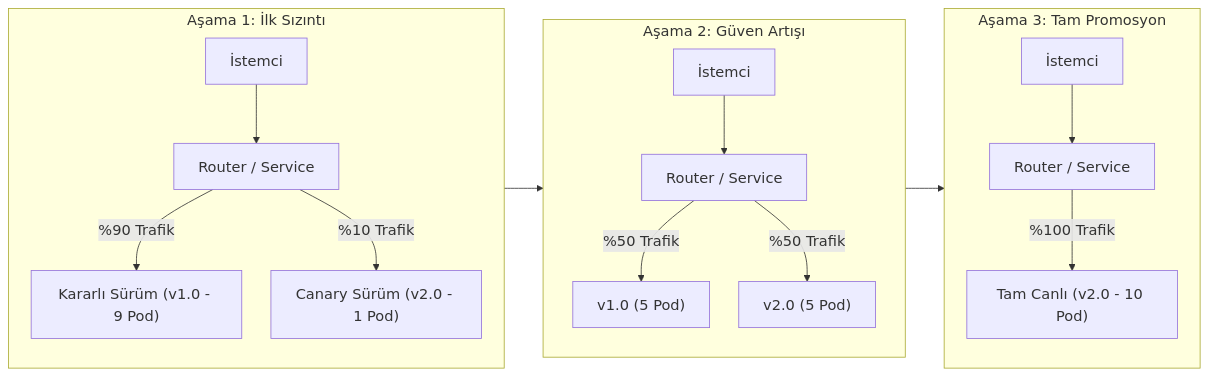
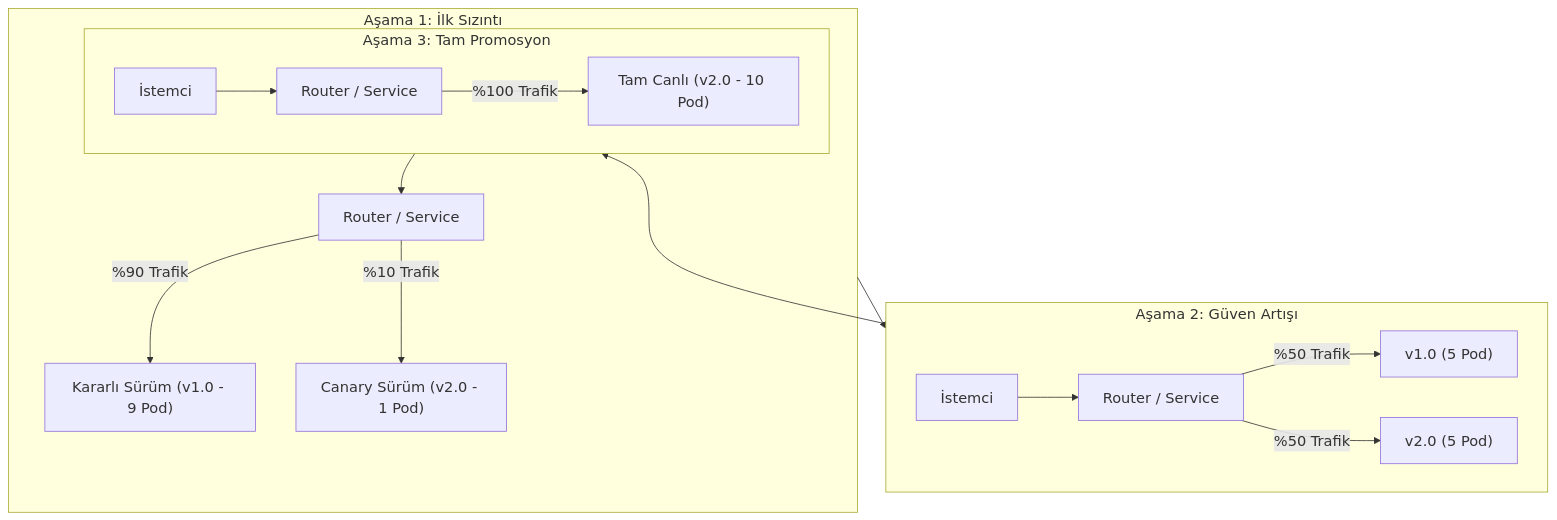
One commit to MTugce/k8s-labs changed the fourth of 4 diagrams in lab-08-deployment-strategies/README.md. Above: the diagram before and after it, drawn with Mermaid. The commit also changed other lines of this file, not shown here.

Commit message:
Restore Lab 8 detailed Mermaid diagrams without warning

````diff
--- a/lab-08-deployment-strategies/README.md
+++ b/lab-08-deployment-strategies/README.md
@@ -440,24 +402,8 @@
 ```mermaid
-%%{init: {'themeVariables': {'fontSize': '18px'}, 'flowchart': {'nodeSpacing': 36, 'rankSpacing': 48}}}%%
-flowchart LR
-  accTitle: Canary trafik aşamaları
-  accDescr: Yeni sürüme ayrılan trafiğin kademeli biçimde artırılmasını gösterir.
-  subgraph C_Phase1["Aşama 1: İlk Sızıntı"]
-    direction TB
-    CLI1["İstemci"] --> LB1["Router / Service"]
-    LB1 -->|%90 Trafik| V1_STABLE["Kararlı Sürüm (v1.0 - 9 Pod)"]
-    LB1 -->|%10 Trafik| V2_CANARY["Canary Sürüm (v2.0 - 1 Pod)"]
-  end
-  subgraph C_Phase2["Aşama 2: Güven Artışı"]
-    direction TB
-    CLI2["İstemci"] --> LB2["Router / Service"]
-    LB2 -->|%50 Trafik| V1_50["v1.0 (5 Pod)"]
-    LB2 -->|%50 Trafik| V2_50["v2.0 (5 Pod)"]
-  end
-  subgraph C_Phase3["Aşama 3: Tam Promosyon"]
-    direction TB
-    CLI3["İstemci"] --> LB3["Router / Service"]
-    LB3 -->|%100 Trafik| V2_FULL["Tam Canlı (v2.0 - 10 Pod)"]
-  end
-  C_Phase1 --> C_Phase2 --> C_Phase3
+%%{init:{'themeVariables':{'fontSize':'18px'}}}%%
+flowchart TB
+subgraph A["Aşama 1: İlk Sızıntı"];C[İstemci]-->S["Router / Service"];S-->|%90 Trafik|V["Kararlı Sürüm (v1.0 - 9 Pod)"];S-->|%10 Trafik|W["Canary Sürüm (v2.0 - 1 Pod)"];end
+subgraph B["Aşama 2: Güven Artışı"];D[İstemci]-->T["Router / Service"];T-->|%50 Trafik|X["v1.0 (5 Pod)"];T-->|%50 Trafik|Y["v2.0 (5 Pod)"];end
+subgraph C["Aşama 3: Tam Promosyon"];E[İstemci]-->U["Router / Service"];U-->|%100 Trafik|Z["Tam Canlı (v2.0 - 10 Pod)"];end
+A-->B-->C
 ```
````
